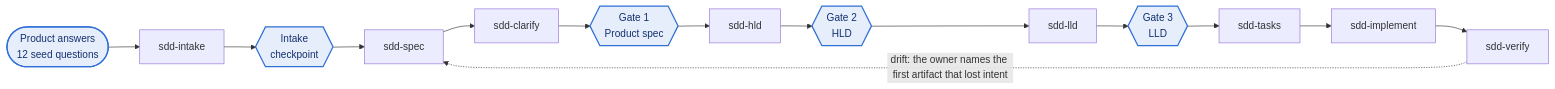
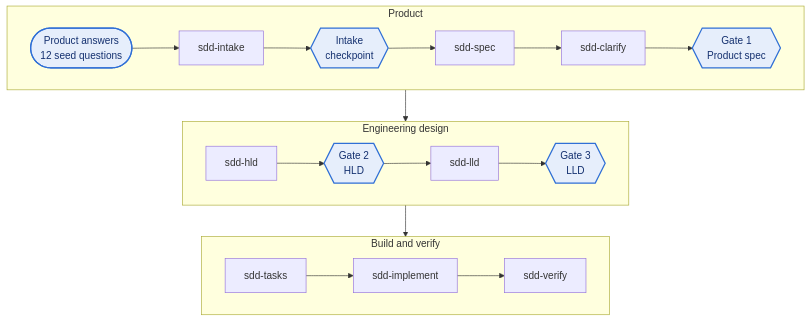
The diagram in README.md (kennylhilljr/sdd_framework), drawn with Mermaid before and after one commit. The commit also changed other lines of this file, not shown here.

Commit message:
README: split the workflow chart into three rows so it renders legibly
The single left-to-right chain of thirteen nodes rendered about 50 pixels tall on GitHub. Drift is now described in a sentence under the chart.

Claude-Session: https://claude.ai/code/session_01YcEU93uG7ijZUQt9Xxw3rj

````diff
--- a/README.md
+++ b/README.md
@@ -41,9 +41,18 @@
 ```mermaid
-flowchart LR
-    H(["Product answers<br/>12 seed questions"]) --> I[sdd-intake] --> K{{"Intake<br/>checkpoint"}} --> S[sdd-spec] --> C[sdd-clarify]
-    C --> G1{{"Gate 1<br/>Product spec"}} --> HLD[sdd-hld] --> G2{{"Gate 2<br/>HLD"}} --> LLD[sdd-lld]
-    LLD --> G3{{"Gate 3<br/>LLD"}} --> T[sdd-tasks] --> IM[sdd-implement] --> V[sdd-verify]
-    V -. "drift: the owner names the first artifact that lost intent" .-> S
+flowchart TB
+    subgraph P["Product"]
+        direction LR
+        H(["Product answers<br/>12 seed questions"]) --> I[sdd-intake] --> K{{"Intake<br/>checkpoint"}} --> S[sdd-spec] --> C[sdd-clarify] --> G1{{"Gate 1<br/>Product spec"}}
+    end
+    subgraph E["Engineering design"]
+        direction LR
+        HLD[sdd-hld] --> G2{{"Gate 2<br/>HLD"}} --> LLD["sdd-lld"] --> G3{{"Gate 3<br/>LLD"}}
+    end
+    subgraph B["Build and verify"]
+        direction LR
+        T[sdd-tasks] --> IM[sdd-implement] --> V[sdd-verify]
+    end
+    P --> E --> B
     classDef human fill:#e6eefb,stroke:#2f6fd6,stroke-width:2px,color:#14306f
     class H,K,G1,G2,G3 human
 ```
````
